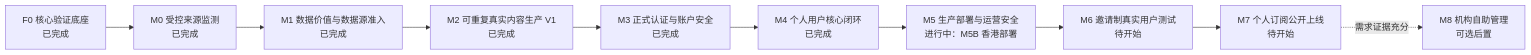
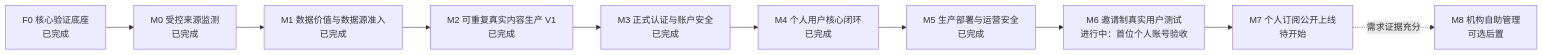
Before and after one commit to daiphoon/dealflow-radar: the diagram in docs/10-implementation-plan.md, drawn with Mermaid. The commit also changed other lines of this file and 17 other files, not shown here.

````diff
--- a/docs/10-implementation-plan.md
+++ b/docs/10-implementation-plan.md
@@ -23,12 +23,12 @@
 ```mermaid
 flowchart LR
     F0["F0 核心验证底座<br/>已完成"] --> M0["M0 受控来源监测<br/>已完成"]
     M0 --> M1["M1 数据价值与数据源准入<br/>已完成"]
     M1 --> M2["M2 可重复真实内容生产 V1<br/>已完成"]
     M2 --> M3["M3 正式认证与账户安全<br/>已完成"]
     M3 --> M4["M4 个人用户核心闭环<br/>已完成"]
-    M4 --> M5["M5 生产部署与运营安全<br/>进行中：M5B 香港部署"]
-    M5 --> M6["M6 邀请制真实用户测试<br/>待开始"]
+    M4 --> M5["M5 生产部署与运营安全<br/>已完成"]
+    M5 --> M6["M6 邀请制真实用户测试<br/>进行中：首位个人账号验收"]
     M6 --> M7["M7 个人订阅公开上线<br/>待开始"]
     M7 -."需求证据充分".-> M8["M8 机构自助管理<br/>可选后置"]
 ```
````
